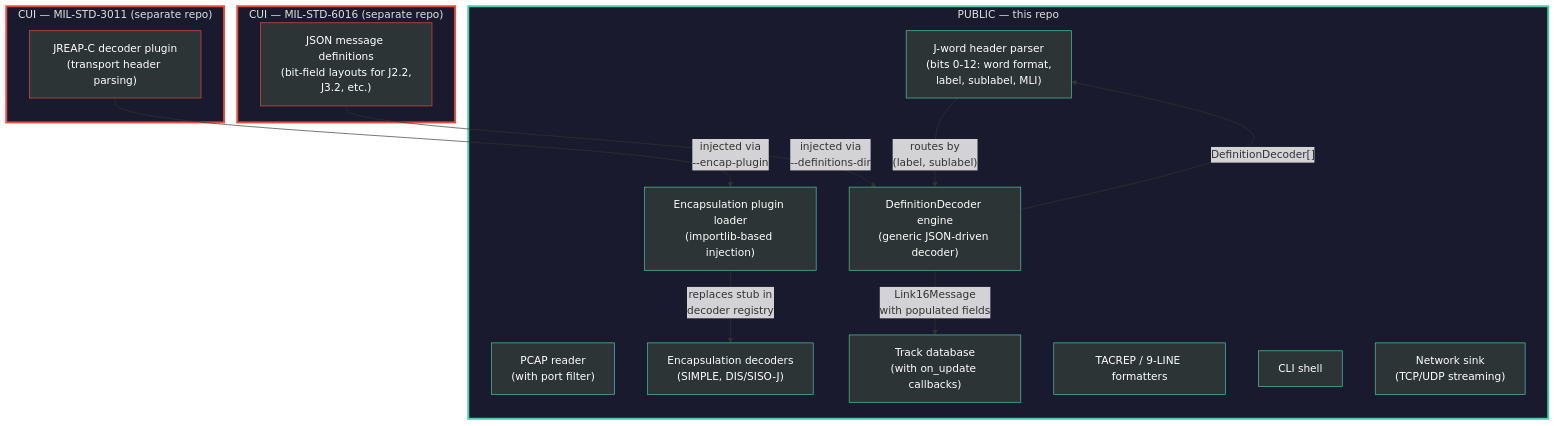
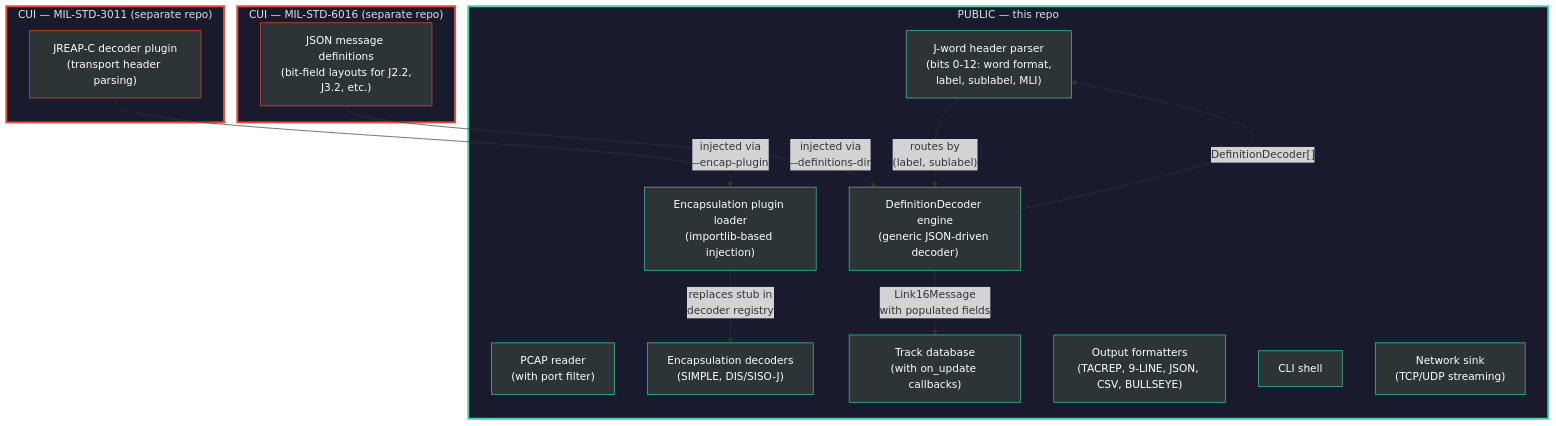
Before and after one commit to tellerj/parser: the fifth of 5 diagrams in ARCHITECTURE.md, drawn with Mermaid. The commit also changed other lines of this file and 11 other files, not shown here.

First line of the commit message:
Output component: add JSON, CSV, Bullseye formatters; fix TACREP identity gap

````diff
--- a/ARCHITECTURE.md
+++ b/ARCHITECTURE.md
@@ -211,44 +211,44 @@
 ```mermaid
 flowchart TB
     subgraph public["PUBLIC — this repo"]
         A["PCAP reader<br/>(with port filter)"]
         B["Encapsulation decoders<br/>(SIMPLE, DIS/SISO-J)"]
         C["J-word header parser<br/>(bits 0-12: word format,<br/>label, sublabel, MLI)"]
         D["Track database<br/>(with on_update callbacks)"]
-        E["TACREP / 9-LINE formatters"]
+        E["Output formatters<br/>(TACREP, 9-LINE, JSON, CSV, BULLSEYE)"]
         F["CLI shell"]
         H["Network sink<br/>(TCP/UDP streaming)"]
         I["DefinitionDecoder engine<br/>(generic JSON-driven decoder)"]
         J["Encapsulation plugin loader<br/>(importlib-based injection)"]
     end
 
     subgraph cui_6016["CUI — MIL-STD-6016 (separate repo)"]
         G["JSON message definitions<br/>(bit-field layouts for J2.2,<br/>J3.2, etc.)"]
     end
 
     subgraph cui_3011["CUI — MIL-STD-3011 (separate repo)"]
         K["JREAP-C decoder plugin<br/>(transport header parsing)"]
     end
 
     G -->|"injected via<br/>--definitions-dir"| I
     I -->|"DefinitionDecoder[]"| C
     C -->|"routes by<br/>(label, sublabel)"| I
     I -->|"Link16Message<br/>with populated fields"| D
     K -->|"injected via<br/>--encap-plugin"| J
     J -->|"replaces stub in<br/>decoder registry"| B
 
     style public fill:#1a1a2e,stroke:#4ecca3,stroke-width:3px,color:#e0e0e0
     style cui_6016 fill:#1a1a2e,stroke:#e74c3c,stroke-width:3px,color:#e0e0e0
     style cui_3011 fill:#1a1a2e,stroke:#e74c3c,stroke-width:3px,color:#e0e0e0
     style A fill:#2d3436,stroke:#4ecca3,color:#fff
     style B fill:#2d3436,stroke:#4ecca3,color:#fff
     style C fill:#2d3436,stroke:#4ecca3,color:#fff
     style D fill:#2d3436,stroke:#4ecca3,color:#fff
     style E fill:#2d3436,stroke:#4ecca3,color:#fff
     style F fill:#2d3436,stroke:#4ecca3,color:#fff
     style H fill:#2d3436,stroke:#4ecca3,color:#fff
     style I fill:#2d3436,stroke:#4ecca3,color:#fff
     style J fill:#2d3436,stroke:#4ecca3,color:#fff
     style G fill:#2d3436,stroke:#e74c3c,color:#fff
     style K fill:#2d3436,stroke:#e74c3c,color:#fff
 ```
````
